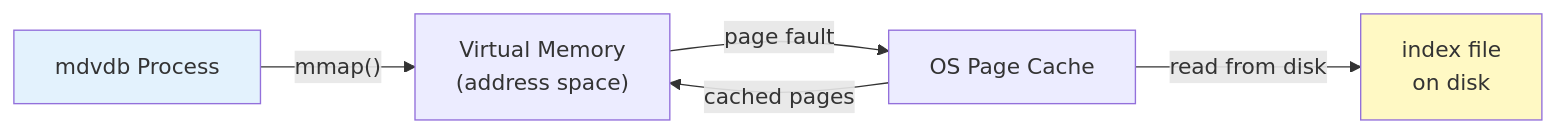
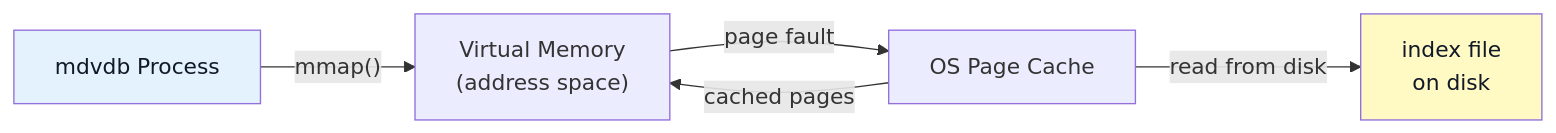
The second of 2 diagrams in docs/cli/concepts/index-storage.md (geckse/markdown-vdb), drawn with Mermaid before and after one commit. The commit also changed other lines of this file and 41 other files, not shown here.

````diff
--- a/docs/cli/concepts/index-storage.md
+++ b/docs/cli/concepts/index-storage.md
@@ -136,10 +150,10 @@
 ```mermaid
 flowchart LR
     PROCESS["mdvdb Process"] -->|"mmap()"| VM["Virtual Memory<br/>(address space)"]
     VM -->|"page fault"| CACHE["OS Page Cache"]
     CACHE -->|"read from disk"| DISK["index file<br/>on disk"]
     CACHE -->|"cached pages"| VM
 
-    style PROCESS fill:#e3f2fd
-    style DISK fill:#fff9c4
+    style PROCESS fill:#e3f2fd,color:#111827
+    style DISK fill:#fff9c4,color:#111827
 ```
````
